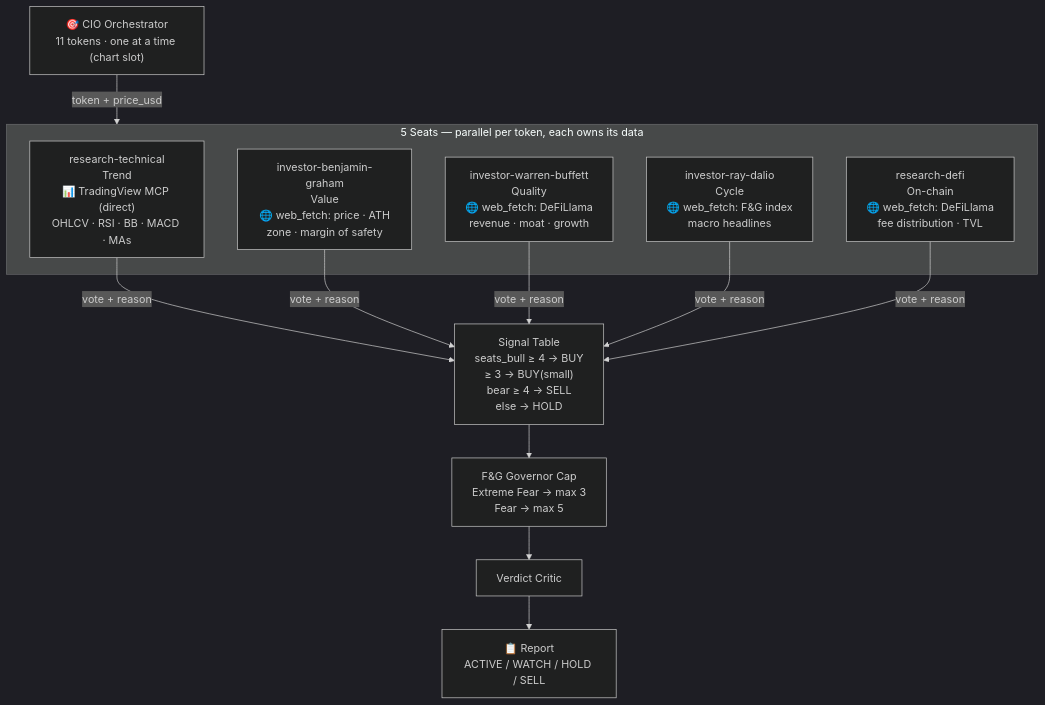
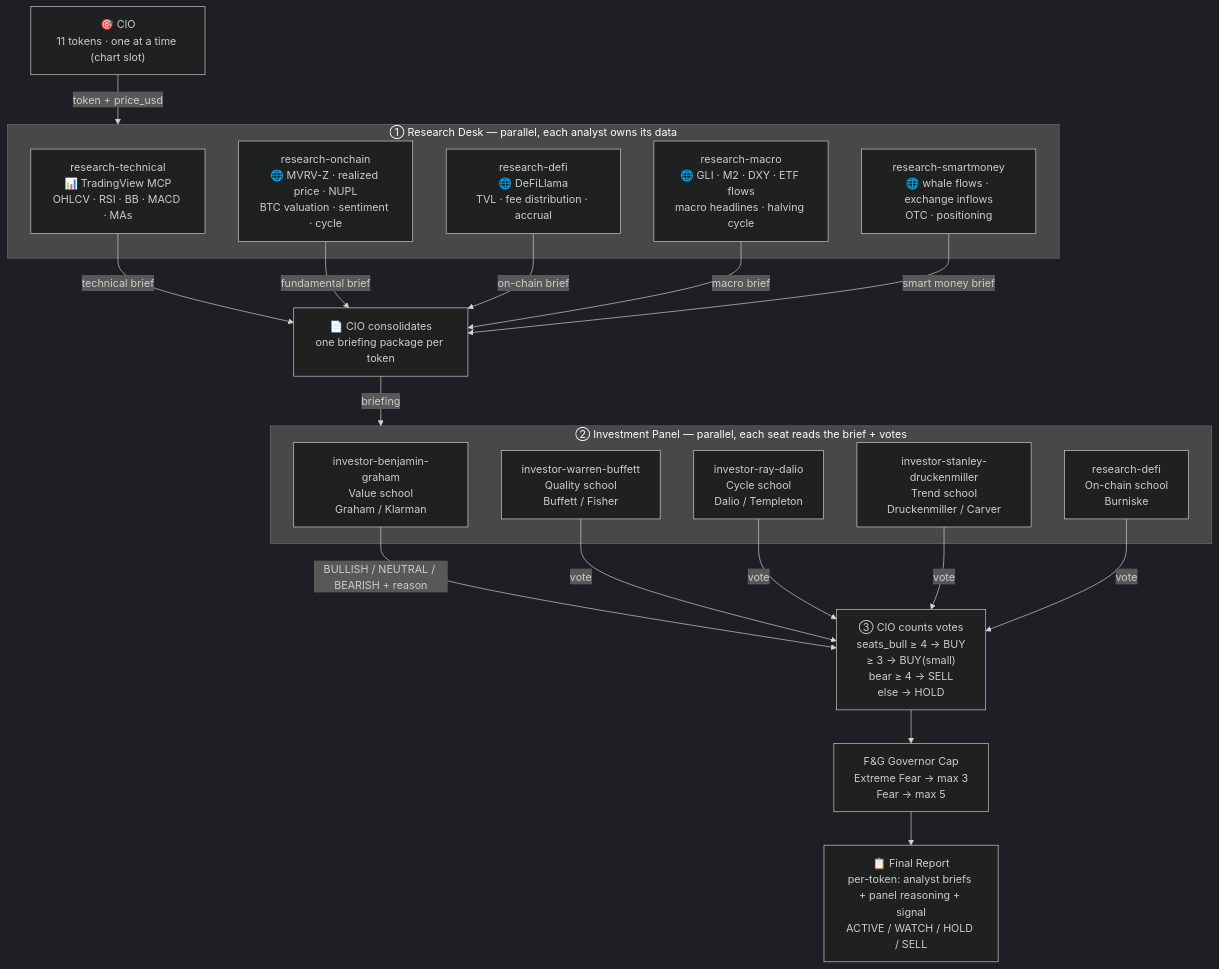
Before and after one commit to dzianisv/backtest: the diagram in .agents/skills/crypto-advisor/SKILL.md, drawn with Mermaid (dark theme). The commit also changed other lines of this file, not shown here.

````diff
--- a/.agents/skills/crypto-advisor/SKILL.md
+++ b/.agents/skills/crypto-advisor/SKILL.md
@@ -24,26 +40,34 @@
 ```mermaid
 flowchart TD
-    CIO["🎯 CIO Orchestrator\n11 tokens · one at a time (chart slot)"]
-
-    CIO -->|"token + price_usd"| SEATS
-
-    subgraph SEATS["5 Seats — parallel per token, each owns its data"]
-        TREND["research-technical\nTrend\n📊 TradingView MCP (direct)\nOHLCV · RSI · BB · MACD · MAs"]
-        VALUE["investor-benjamin-graham\nValue\n🌐 web_fetch: price · ATH\nzone · margin of safety"]
-        QUALITY["investor-warren-buffett\nQuality\n🌐 web_fetch: DeFiLlama\nrevenue · moat · growth"]
-        CYCLE["investor-ray-dalio\nCycle\n🌐 web_fetch: F&G index\nmacro headlines"]
-        ONCHAIN["research-defi\nOn-chain\n🌐 web_fetch: DeFiLlama\nfee distribution · TVL"]
+    CIO["🎯 CIO\n11 tokens · one at a time (chart slot)"]
+    CIO -->|"token + price_usd"| RESEARCH
+    subgraph RESEARCH["① Research Desk — parallel, each analyst owns its data"]
+        TA["research-technical\n📊 TradingView MCP\nOHLCV · RSI · BB · MACD · MAs"]
+        FUND["research-onchain\n🌐 MVRV-Z · realized price · NUPL\nBTC valuation · sentiment · cycle"]
+        OC["research-defi\n🌐 DeFiLlama\nTVL · fee distribution · accrual"]
+        MACRO["research-macro\n🌐 GLI · M2 · DXY · ETF flows\nmacro headlines · halving cycle"]
+        SM["research-smartmoney\n🌐 whale flows · exchange inflows\nOTC · positioning"]
     end
-
-    TREND -->|"vote + reason"| QUORUM
-    VALUE -->|"vote + reason"| QUORUM
-    QUALITY -->|"vote + reason"| QUORUM
-    CYCLE -->|"vote + reason"| QUORUM
-    ONCHAIN -->|"vote + reason"| QUORUM
-
-    QUORUM["Signal Table\nseats_bull ≥ 4 → BUY\n≥ 3 → BUY(small)\nbear ≥ 4 → SELL\nelse → HOLD"]
-
+    BRIEF["📄 CIO consolidates\none briefing package per token"]
+    TA -->|"technical brief"| BRIEF
+    FUND -->|"fundamental brief"| BRIEF
+    OC -->|"on-chain brief"| BRIEF
+    MACRO -->|"macro brief"| BRIEF
+    SM -->|"smart money brief"| BRIEF
+    BRIEF -->|"briefing"| PANEL
+    subgraph PANEL["② Investment Panel — parallel, each seat reads the brief + votes"]
+        G["investor-benjamin-graham\nValue school\nGraham / Klarman"]
+        B["investor-warren-buffett\nQuality school\nBuffett / Fisher"]
+        D["investor-ray-dalio\nCycle school\nDalio / Templeton"]
+        DR["investor-stanley-druckenmiller\nTrend school\nDruckenmiller / Carver"]
+        BU["research-defi\nOn-chain school\nBurniske"]
+    end
+    G -->|"BULLISH / NEUTRAL / BEARISH + reason"| QUORUM
+    B -->|"vote"| QUORUM
+    D -->|"vote"| QUORUM
+    DR -->|"vote"| QUORUM
+    BU -->|"vote"| QUORUM
+    QUORUM["③ CIO counts votes\nseats_bull ≥ 4 → BUY\n≥ 3 → BUY(small)\nbear ≥ 4 → SELL\nelse → HOLD"]
     QUORUM --> GOV["F&G Governor Cap\nExtreme Fear → max 3\nFear → max 5"]
-    GOV --> CRITIC["Verdict Critic"]
-    CRITIC --> OUT["📋 Report\nACTIVE / WATCH / HOLD / SELL"]
+    GOV --> OUT["📋 Final Report\nper-token: analyst briefs + panel reasoning + signal\nACTIVE / WATCH / HOLD / SELL"]
 ```
````
